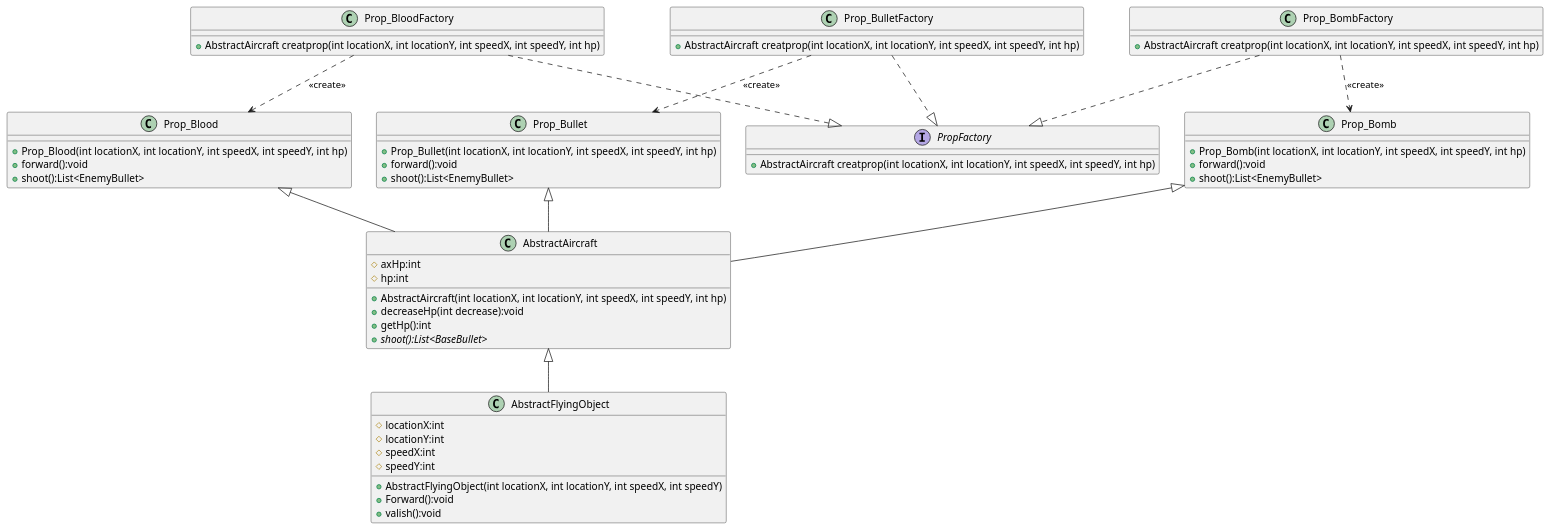
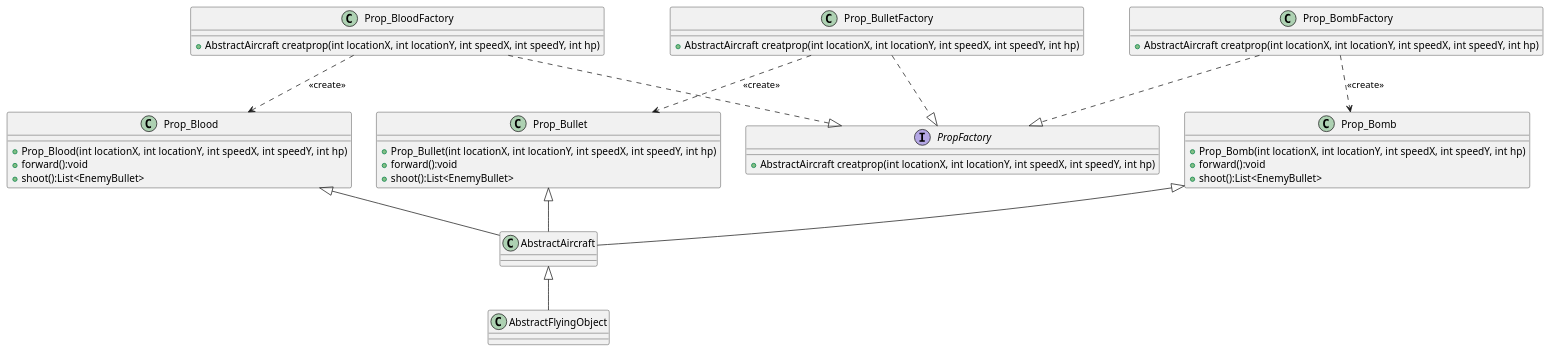
One commit to zsdliang/AircraftWar-base changed the diagram in uml/exp2_propfactory.puml. Above: the diagram before and after it, drawn with PlantUML. The commit also changed 63 other files, not shown here.

```diff
--- a/uml/exp2_propfactory.puml
+++ b/uml/exp2_propfactory.puml
@@ -1,72 +1,54 @@
 @startuml
 'https://plantuml.com/class-diagram
 
 interface PropFactory{
         +AbstractAircraft creatprop(int locationX, int locationY, int speedX, int speedY, int hp)
     }
 
 class Prop_BloodFactory{
         +AbstractAircraft creatprop(int locationX, int locationY, int speedX, int speedY, int hp)
     }
 
 class Prop_BulletFactory{
         +AbstractAircraft creatprop(int locationX, int locationY, int speedX, int speedY, int hp)
     }
 
 class Prop_BombFactory{
         +AbstractAircraft creatprop(int locationX, int locationY, int speedX, int speedY, int hp)
     }
 
-class AbstractFlyingObject{
-        # locationX:int
-        # locationY:int
-        # speedX:int
-        # speedY:int
-        + AbstractFlyingObject(int locationX, int locationY, int speedX, int speedY)
-        + Forward():void
-        + valish():void
-    }
-
-class AbstractAircraft{
-        # axHp:int
-        # hp:int
-        + AbstractAircraft(int locationX, int locationY, int speedX, int speedY, int hp)
-        + decreaseHp(int decrease):void
-        + getHp():int
-        + {abstract} shoot():List<BaseBullet>
-    }
 
 class Prop_Blood{
         + Prop_Blood(int locationX, int locationY, int speedX, int speedY, int hp)
         + forward():void
         + shoot():List<EnemyBullet>
     }
 
 class Prop_Bullet{
         + Prop_Bullet(int locationX, int locationY, int speedX, int speedY, int hp)
         + forward():void
         + shoot():List<EnemyBullet>
     }
 
 class Prop_Bomb{
         + Prop_Bomb(int locationX, int locationY, int speedX, int speedY, int hp)
         + forward():void
         + shoot():List<EnemyBullet>
     }
 
 AbstractAircraft <|-- AbstractFlyingObject
 Prop_Blood <|-- AbstractAircraft
 Prop_Bullet <|-- AbstractAircraft
 Prop_Bomb <|-- AbstractAircraft
 
 Prop_BloodFactory ..|> PropFactory
 Prop_BulletFactory ..|> PropFactory
 Prop_BombFactory ..|> PropFactory
 
 Prop_BloodFactory ..> Prop_Blood:<<create>>
 Prop_BulletFactory ..> Prop_Bullet:<<create>>
 Prop_BombFactory ..> Prop_Bomb:<<create>>
 
 
 
 @enduml
```
